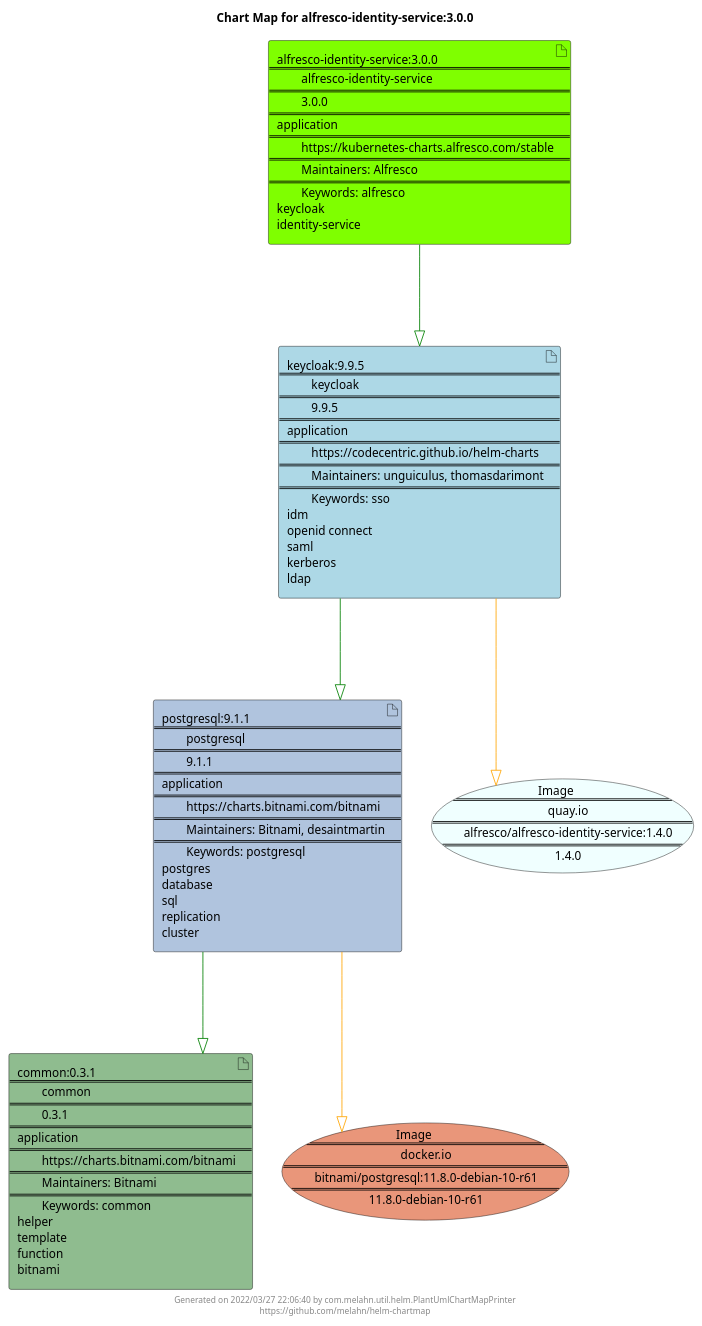
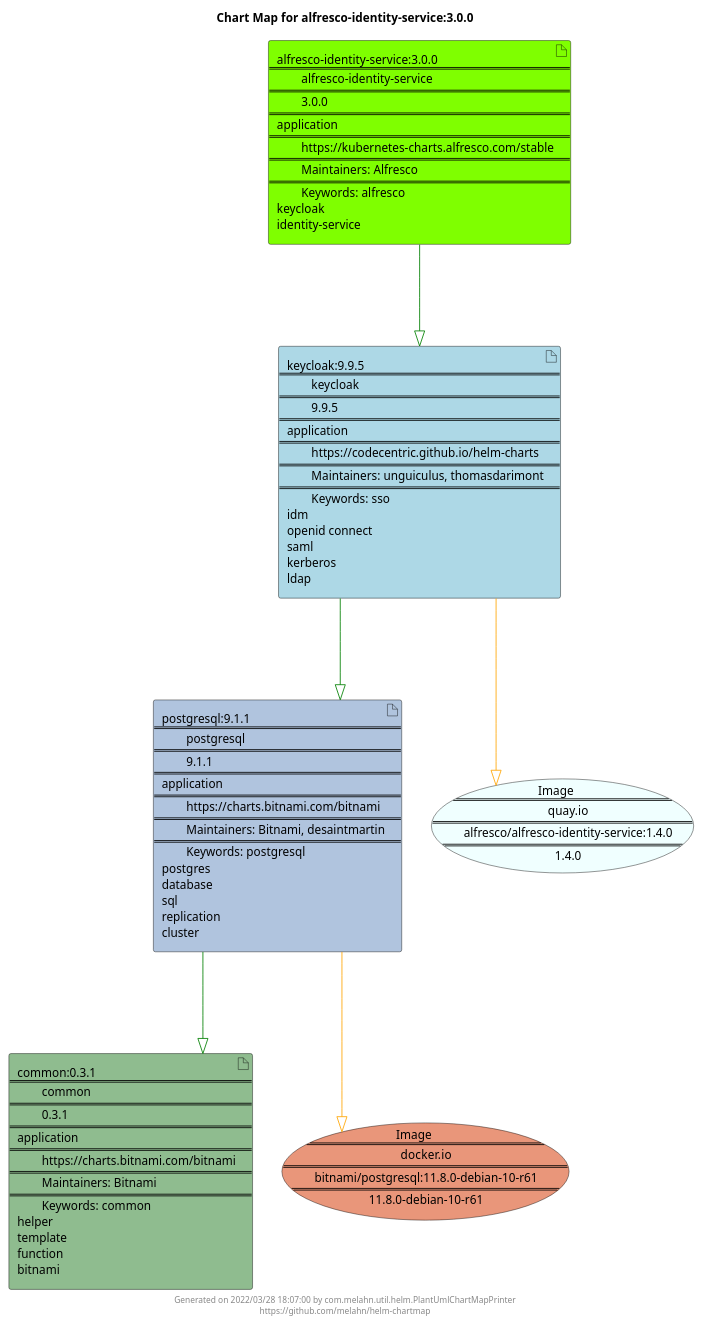
One commit to melahn/helm-chartmap changed the diagram in docs/alfresco-identity-service/alfresco-identity-service-3.0.0.puml. Above: the diagram before and after it, drawn with PlantUML. The commit also changed 55 other files, not shown here.

Commit message:
Update Example Chart Maps as part of GitHub build

```diff
--- a/docs/alfresco-identity-service/alfresco-identity-service-3.0.0.puml
+++ b/docs/alfresco-identity-service/alfresco-identity-service-3.0.0.puml
@@ -1,29 +1,29 @@
 @startuml
 skinparam linetype ortho
 skinparam backgroundColor white
 skinparam usecaseBorderColor black
 skinparam usecaseArrowColor LightSlateGray
 skinparam artifactBorderColor black
 skinparam artifactArrowColor LightSlateGray
 
 title Chart Map for alfresco-identity-service:3.0.0
 
 'There are 4 referenced Helm Charts
 artifact "postgresql:9.1.1\n====\n\tpostgresql\n====\n\t9.1.1\n====\napplication\n====\n\thttps://charts.bitnami.com/bitnami\n====\n\tMaintainers: Bitnami, desaintmartin\n====\n\tKeywords: postgresql\npostgres\ndatabase\nsql\nreplication\ncluster" as postgresql_9_1_1 #LightSteelBlue
 artifact "alfresco-identity-service:3.0.0\n====\n\talfresco-identity-service\n====\n\t3.0.0\n====\napplication\n====\n\thttps://kubernetes-charts.alfresco.com/stable\n====\n\tMaintainers: Alfresco\n====\n\tKeywords: alfresco\nkeycloak\nidentity-service" as alfresco_identity_service_3_0_0 #Chartreuse
 artifact "keycloak:9.9.5\n====\n\tkeycloak\n====\n\t9.9.5\n====\napplication\n====\n\thttps://codecentric.github.io/helm-charts\n====\n\tMaintainers: unguiculus, thomasdarimont\n====\n\tKeywords: sso\nidm\nopenid connect\nsaml\nkerberos\nldap" as keycloak_9_9_5 #LightBlue
 artifact "common:0.3.1\n====\n\tcommon\n====\n\t0.3.1\n====\napplication\n====\n\thttps://charts.bitnami.com/bitnami\n====\n\tMaintainers: Bitnami\n====\n\tKeywords: common\nhelper\ntemplate\nfunction\nbitnami" as common_0_3_1 #DarkSeaGreen
 
 'There are 2 referenced Docker Images
 usecase "Image\n====\n\tdocker.io\n====\n\tbitnami/postgresql:11.8.0-debian-10-r61\n====\n\t11.8.0-debian-10-r61" as docker_io_bitnami_postgresql_11_8_0_debian_10_r61 #DarkSalmon
 usecase "Image\n====\n\tquay.io\n====\n\talfresco/alfresco-identity-service:1.4.0\n====\n\t1.4.0" as quay_io_alfresco_alfresco_identity_service_1_4_0 #Azure
 
 'Chart Dependencies
 alfresco_identity_service_3_0_0--[#green]-|>keycloak_9_9_5
 keycloak_9_9_5--[#green]-|>postgresql_9_1_1
 postgresql_9_1_1--[#green]-|>common_0_3_1
 postgresql_9_1_1--[#orange]-|>docker_io_bitnami_postgresql_11_8_0_debian_10_r61
 keycloak_9_9_5--[#orange]-|>quay_io_alfresco_alfresco_identity_service_1_4_0
 
-center footer Generated on 2022/03/27 22:06:40 by com.melahn.util.helm.PlantUmlChartMapPrinter\nhttps://github.com/melahn/helm-chartmap
+center footer Generated on 2022/03/28 18:07:00 by com.melahn.util.helm.PlantUmlChartMapPrinter\nhttps://github.com/melahn/helm-chartmap
 @enduml
```
